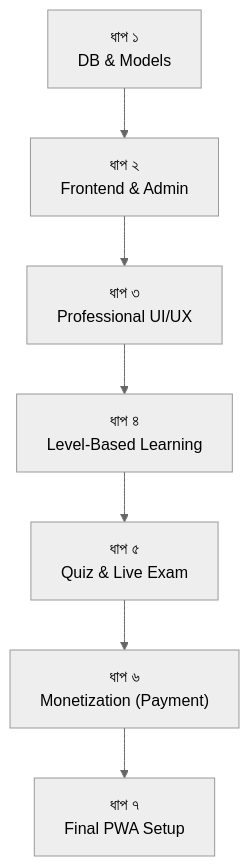
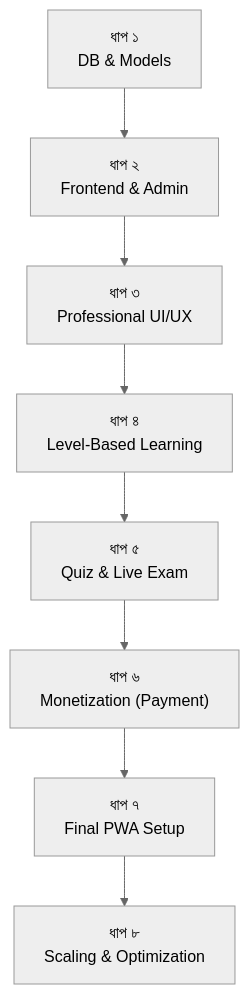
The diagram in docs/quiz-app-roadmap.md (Tauhid219/PwaPractice), drawn with Mermaid (neutral theme) before and after one commit. The commit also changed other lines of this file and 13 other files, not shown here.

````diff
--- a/docs/quiz-app-roadmap.md
+++ b/docs/quiz-app-roadmap.md
@@ -126,9 +139,10 @@
 ```mermaid
 graph TD
     A["ধাপ ১<br>DB & Models"] --> B["ধাপ ২<br>Frontend & Admin"]
     B --> C["ধাপ ৩<br>Professional UI/UX"]
     C --> D["ধাপ ৪<br>Level-Based Learning"]
     D --> E["ধাপ ৫<br>Quiz & Live Exam"]
     E --> F["ধাপ ৬<br>Monetization (Payment)"]
     F --> G["ধাপ ৭<br>Final PWA Setup"]
+    G --> H["ধাপ ৮<br>Scaling & Optimization"]
 ```
````
